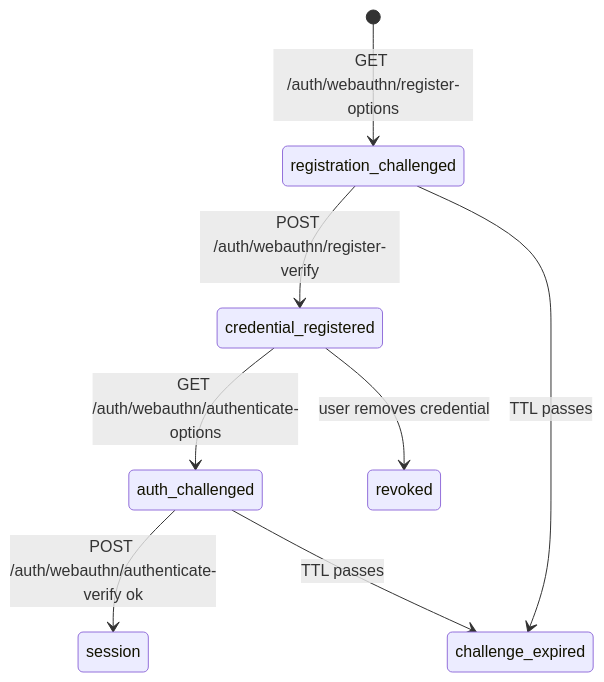
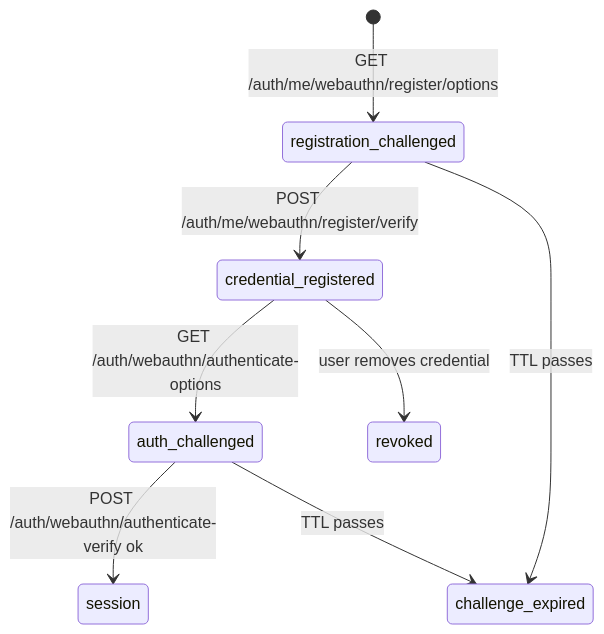
Before and after one commit to nikunjmavani/core-be: the diagram in src/domains/auth/sub-domains/auth-webauthn/OVERVIEW.md, drawn with Mermaid. The commit also changed 79 other files, not shown here.

````diff
--- a/src/domains/auth/sub-domains/auth-webauthn/OVERVIEW.md
+++ b/src/domains/auth/sub-domains/auth-webauthn/OVERVIEW.md
@@ -21,10 +21,10 @@
 ```mermaid
 stateDiagram-v2
-  [*] --> registration_challenged: GET /auth/webauthn/register-options
-  registration_challenged --> credential_registered: POST /auth/webauthn/register-verify
+  [*] --> registration_challenged: GET /auth/me/webauthn/register/options
+  registration_challenged --> credential_registered: POST /auth/me/webauthn/register/verify
   registration_challenged --> challenge_expired: TTL passes
   credential_registered --> auth_challenged: GET /auth/webauthn/authenticate-options
   auth_challenged --> session: POST /auth/webauthn/authenticate-verify ok
   auth_challenged --> challenge_expired: TTL passes
   credential_registered --> revoked: user removes credential
 ```
````
